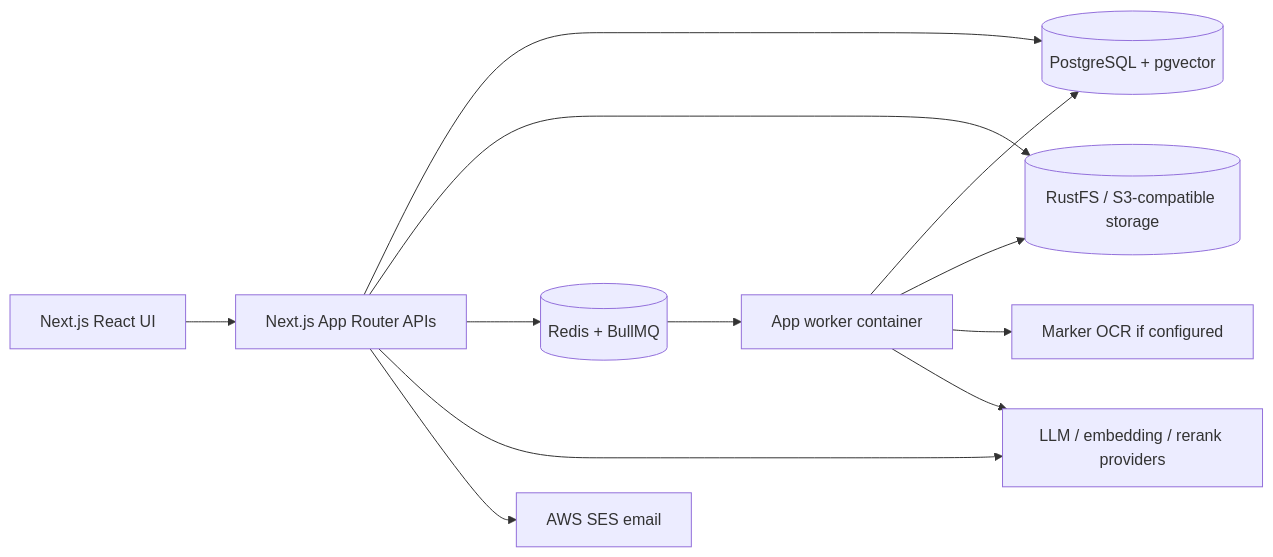
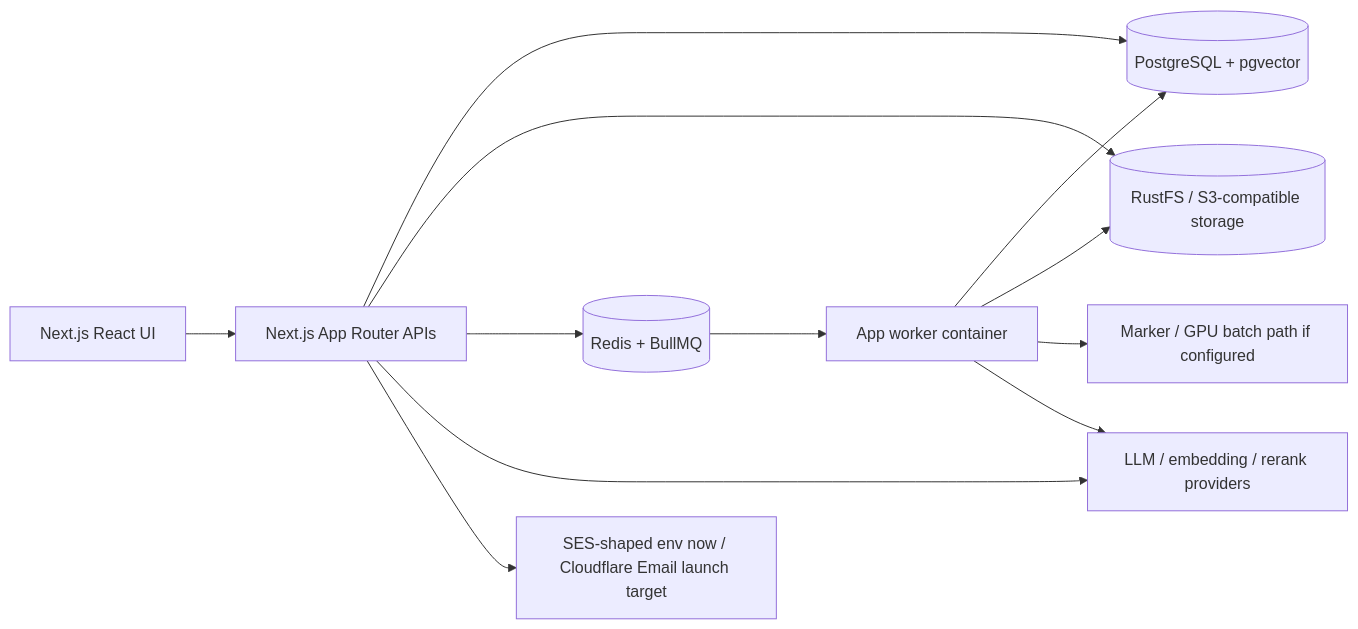
Before and after one commit to semyonfox/oghma: the second of 2 diagrams in docs/obsidian-demo-user-flow.md, drawn with Mermaid. The commit also changed other lines of this file and 21 other files, not shown here.

````diff
--- a/docs/obsidian-demo-user-flow.md
+++ b/docs/obsidian-demo-user-flow.md
@@ -47,14 +47,14 @@
 ```mermaid
 flowchart LR
     UI[Next.js React UI] --> API[Next.js App Router APIs]
     API --> DB[(PostgreSQL + pgvector)]
     API --> STORE[(RustFS / S3-compatible storage)]
     API --> REDIS[(Redis + BullMQ)]
     REDIS --> WORKER[App worker container]
     WORKER --> DB
     WORKER --> STORE
-    WORKER --> OCR[Marker OCR if configured]
+    WORKER --> OCR[Marker / GPU batch path if configured]
     API --> AI[LLM / embedding / rerank providers]
     WORKER --> AI
-    API --> SES[AWS SES email]
+    API --> EMAIL[SES-shaped env now / Cloudflare Email launch target]
 ```
````
